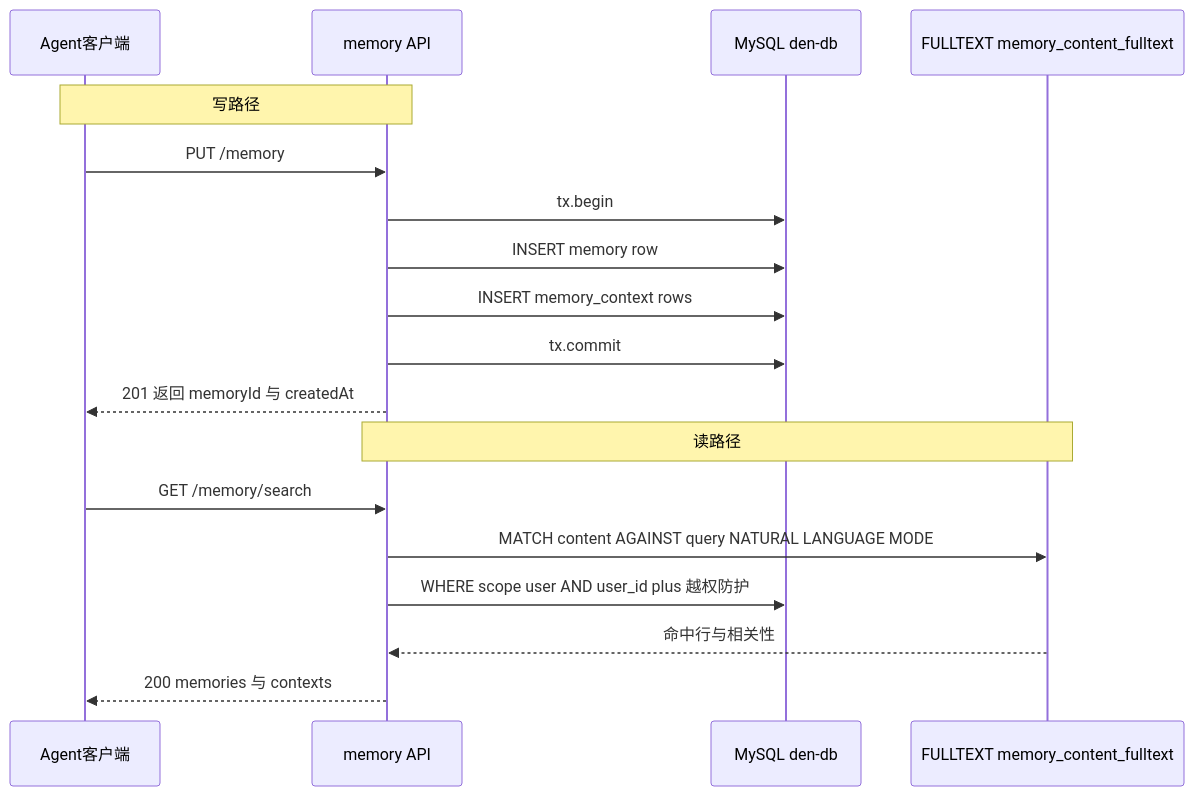
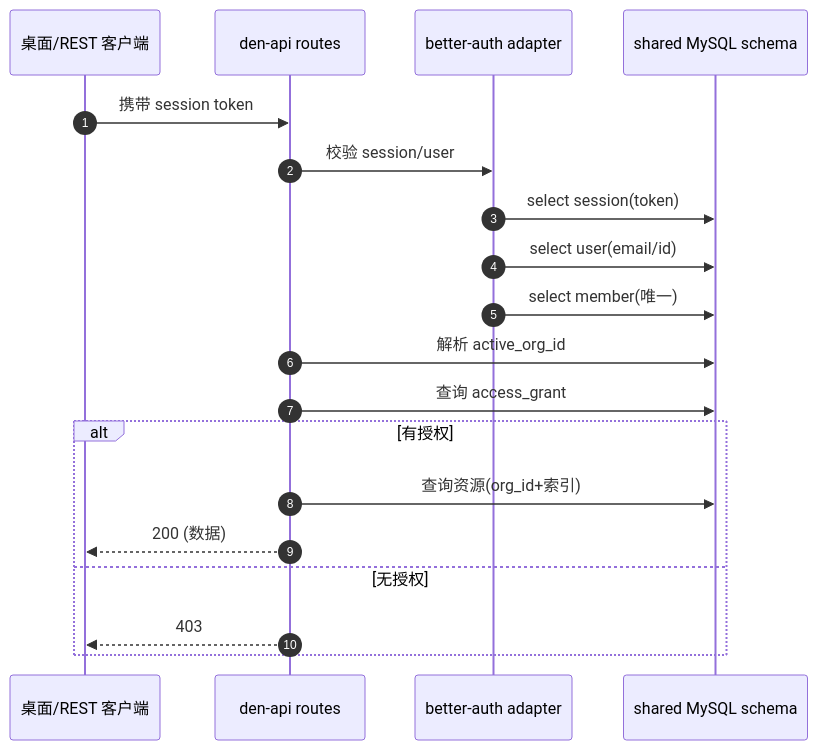
Before and after one commit to morehao/oss-insights: the third of 3 diagrams in ai-agent/openwork/data-model.md, drawn with Mermaid. The commit also changed other lines of this file and 10 other files, not shown here.

````diff
--- a/ai-agent/openwork/data-model.md
+++ b/ai-agent/openwork/data-model.md
@@ -502,21 +428,21 @@
 ```mermaid
 sequenceDiagram
-  participant C as Agent客户端
-  participant M as memory API
-  participant DB as MySQL den-db
-  participant FT as FULLTEXT memory_content_fulltext
-
-  Note over C,M: 写路径
-  C->>M: PUT /memory
-  M->>DB: tx.begin
-  M->>DB: INSERT memory row
-  M->>DB: INSERT memory_context rows
-  M->>DB: tx.commit
-  M-->>C: 201 返回 memoryId 与 createdAt
-  Note over M,FT: 读路径
-  C->>M: GET /memory/search
-  M->>FT: MATCH content AGAINST query NATURAL LANGUAGE MODE
-  M->>DB: WHERE scope user AND user_id plus 越权防护
-  FT-->>M: 命中行与相关性
-  M-->>C: 200 memories 与 contexts
+  autonumber
+  participant U as 桌面/REST 客户端
+  participant API as den-api routes
+  participant A as better-auth adapter
+  participant DB as shared MySQL schema
+  U->>API: 携带 session token
+  API->>A: 校验 session/user
+  A->>DB: select session(token)
+  A->>DB: select user(email/id)
+  A->>DB: select member(唯一)
+  API->>DB: 解析 active_org_id
+  API->>DB: 查询 access_grant
+  alt 有授权
+    API->>DB: 查询资源(org_id+索引)
+    API-->>U: 200 (数据)
+  else 无授权
+    API-->>U: 403
+  end
 ```
````
